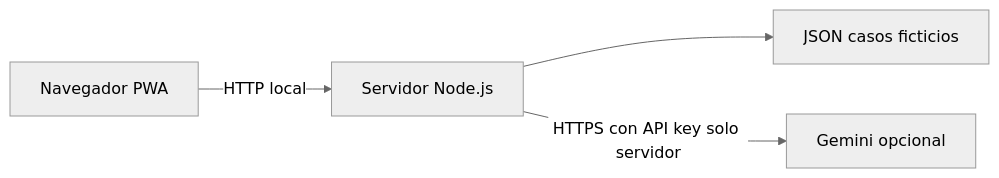
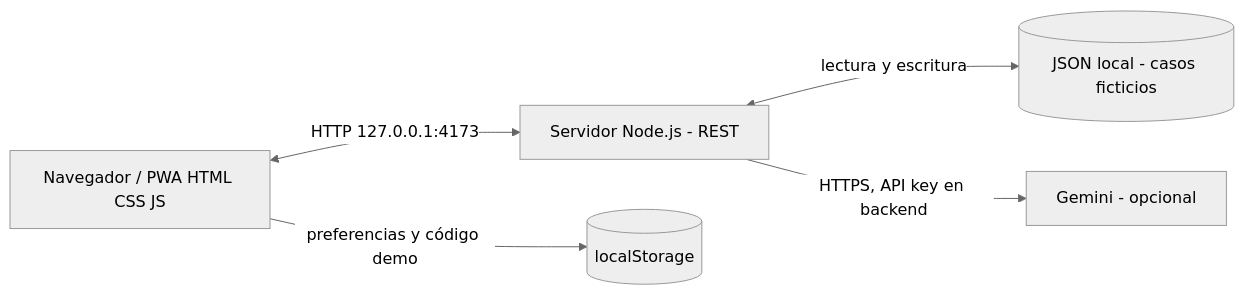
One commit to CeSaRLoPeZArTeAgA/PC2_IHC_Grup10 changed the second of 3 diagrams in docs/02-arquitectura-C4.md. Above: the diagram before and after it, drawn with Mermaid (neutral theme). The commit also changed other lines of this file and 4 other files, not shown here.

Commit message:
docs: sincronizar C4, flujo, pruebas y riesgos con implementacion multirol local

````diff
--- a/docs/02-arquitectura-C4.md
+++ b/docs/02-arquitectura-C4.md
@@ -17,6 +19,7 @@
 ```mermaid
 flowchart LR
- B[Navegador PWA] -->|HTTP local| S[Servidor Node.js]
- S --> J[JSON casos ficticios]
- S -->|HTTPS con API key solo servidor| G[Gemini opcional]
+  UI[Navegador / PWA HTML CSS JS] <-->|HTTP 127.0.0.1:4173| API[Servidor Node.js - REST]
+  API <-->|lectura y escritura| DB[(JSON local - casos ficticios)]
+  API -->|HTTPS, API key en backend| GEM[Gemini - opcional]
+  UI -->|preferencias y código demo| LS[(localStorage)]
 ```
````
